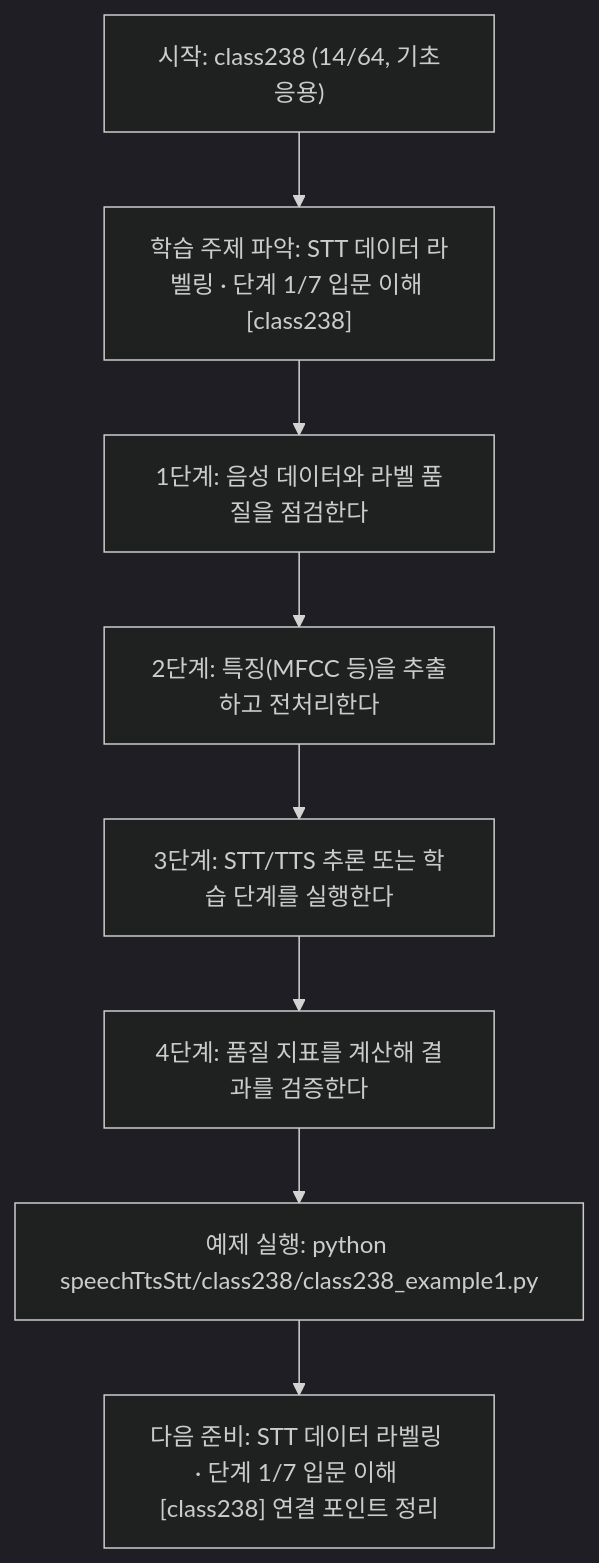
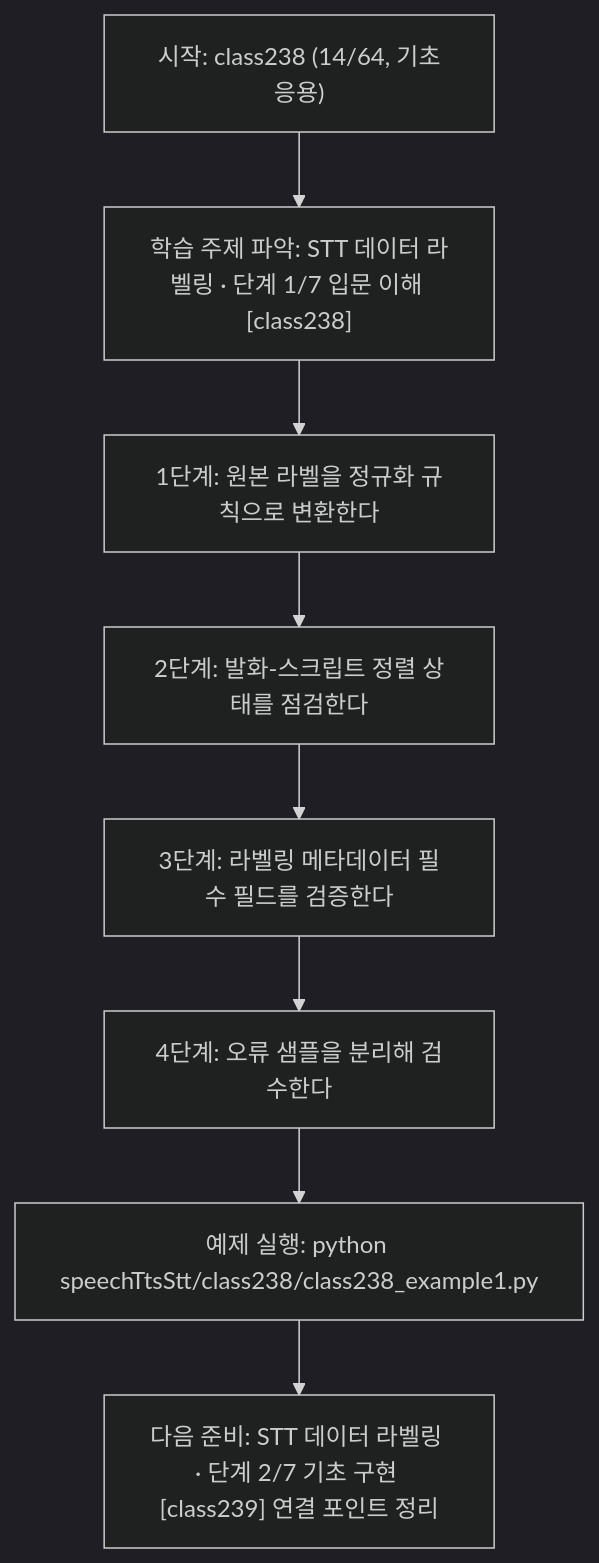
The diagram in speechTtsStt/class238/class238.md (edumgt/Python-AI_Agent-Class), drawn with Mermaid (dark theme) before and after one commit. The commit also changed other lines of this file and 1122 other files, not shown here.

````diff
--- a/speechTtsStt/class238/class238.md
+++ b/speechTtsStt/class238/class238.md
@@ -114,18 +95,18 @@
 ```mermaid
 flowchart TD
 N1["시작: class238 (14/64, 기초응용)"]
 N2["학습 주제 파악: STT 데이터 라벨링 · 단계 1/7 입문 이해 [class238]"]
-N3["1단계: 음성 데이터와 라벨 품질을 점검한다"]
-N4["2단계: 특징(MFCC 등)을 추출하고 전처리한다"]
-N5["3단계: STT/TTS 추론 또는 학습 단계를 실행한다"]
-N6["4단계: 품질 지표를 계산해 결과를 검증한다"]
+N3["1단계: 원본 라벨을 정규화 규칙으로 변환한다"]
+N4["2단계: 발화-스크립트 정렬 상태를 점검한다"]
+N5["3단계: 라벨링 메타데이터 필수 필드를 검증한다"]
+N6["4단계: 오류 샘플을 분리해 검수한다"]
 N7["예제 실행: python speechTtsStt/class238/class238_example1.py"]
-N8["다음 준비: STT 데이터 라벨링 · 단계 1/7 입문 이해 [class238] 연결 포인트 정리"]
+N8["다음 준비: STT 데이터 라벨링 · 단계 2/7 기초 구현 [class239] 연결 포인트 정리"]
 N1 --> N2
 N2 --> N3
 N3 --> N4
 N4 --> N5
 N5 --> N6
 N6 --> N7
 N7 --> N8
 ```
````
